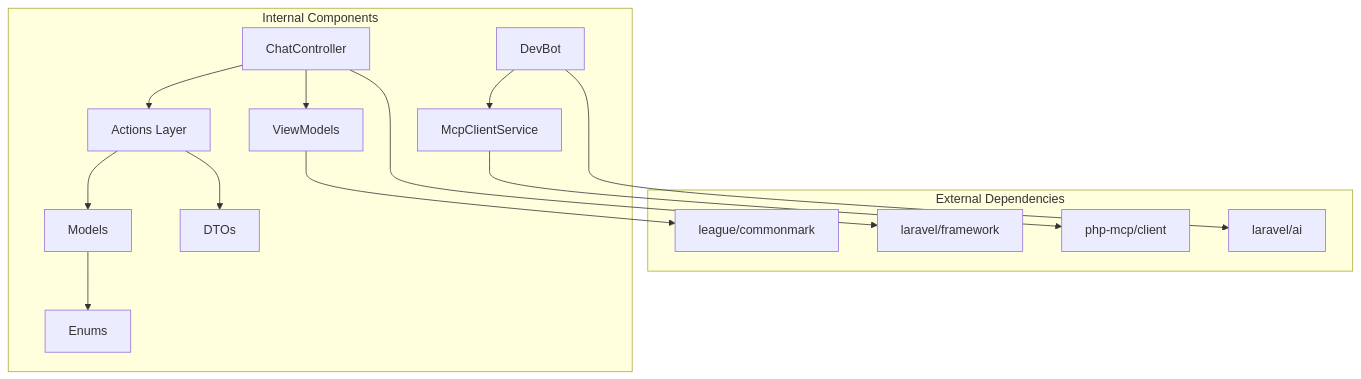
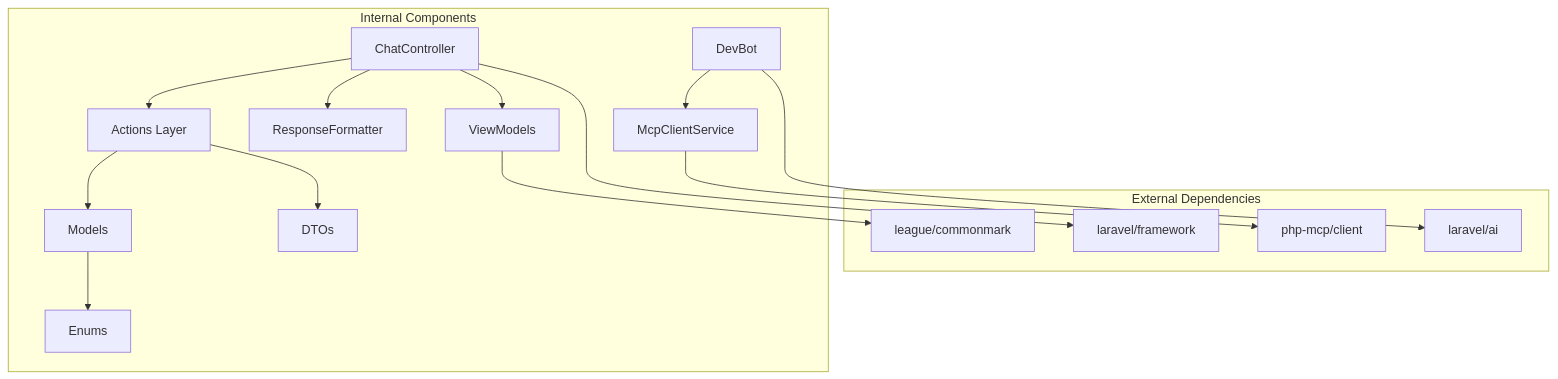
One commit to siimliimand/laravel-assistant changed the tenth of 10 diagrams in .qoder/repowiki/en/content/Architectural Standards Specification.md. Above: the diagram before and after it, drawn with Mermaid. The commit also changed other lines of this file and 8 other files, not shown here.

First line of the commit message:
docs(actions): add PrepareChatViewAction and update architecture docs

````diff
--- a/.qoder/repowiki/en/content/Architectural Standards Specification.md
+++ b/.qoder/repowiki/en/content/Architectural Standards Specification.md
@@ -426,29 +520,31 @@
 ```mermaid
 graph TB
 subgraph "External Dependencies"
 Laravel["laravel/framework"]
 AI["laravel/ai"]
 CommonMark["league/commonmark"]
 MCP["php-mcp/client"]
 end
 subgraph "Internal Components"
 Controller["ChatController"]
 Actions["Actions Layer"]
 Models["Models"]
 DTOs["DTOs"]
 Enums["Enums"]
 VM["ViewModels"]
 Agent["DevBot"]
 Service["McpClientService"]
+Formatter["ResponseFormatter"]
 end
 Controller --> Actions
+Controller --> Formatter
 Actions --> Models
 Actions --> DTOs
 Models --> Enums
 Controller --> VM
 Agent --> Service
 Service --> MCP
 Controller --> Laravel
 Agent --> AI
 VM --> CommonMark
 ```
````
